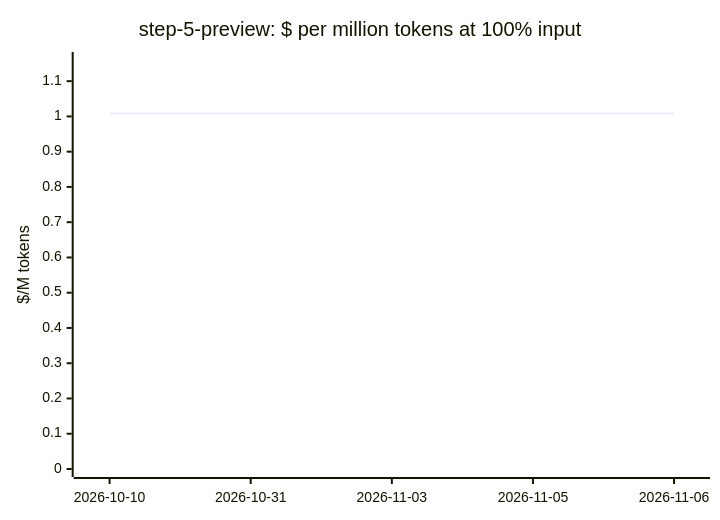
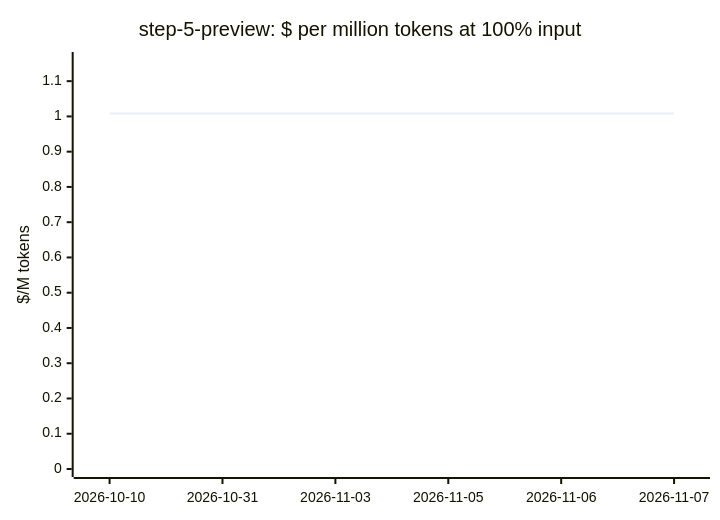
Before and after one commit to cklukas/OMEGA_TRANSFORM: diagram 14 of 20 in docs/openrouter-models.md, drawn with Mermaid. The commit also changed other lines of this file and 68 other files, not shown here.

````diff
--- a/docs/openrouter-models.md
+++ b/docs/openrouter-models.md
@@ -268,7 +257,7 @@
 ```mermaid
 xychart-beta
     title "step-5-preview: $ per million tokens at 100% input"
-    x-axis ["2026-10-10", "2026-10-31", "2026-11-03", "2026-11-05", "2026-11-06"]
+    x-axis ["2026-10-10", "2026-10-31", "2026-11-03", "2026-11-05", "2026-11-06", "2026-11-07"]
     y-axis "$/M tokens" 0 --> 1.16
-    line [1.008, 1.008, 1.008, 1.008, 1.008]
+    line [1.008, 1.008, 1.008, 1.008, 1.008, 1.008]
 ```
````
